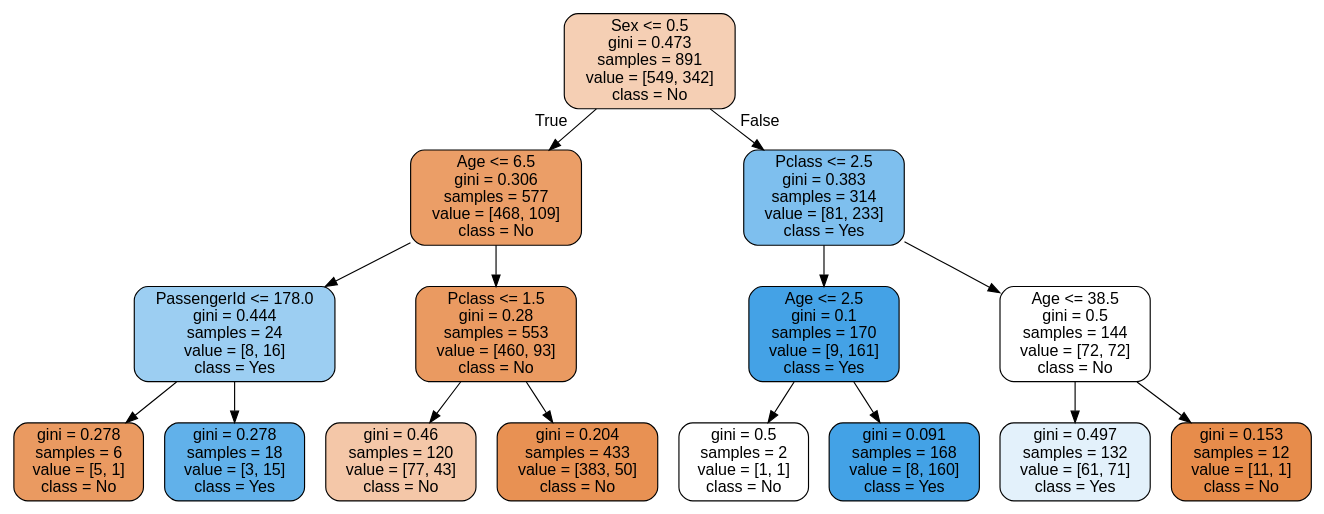
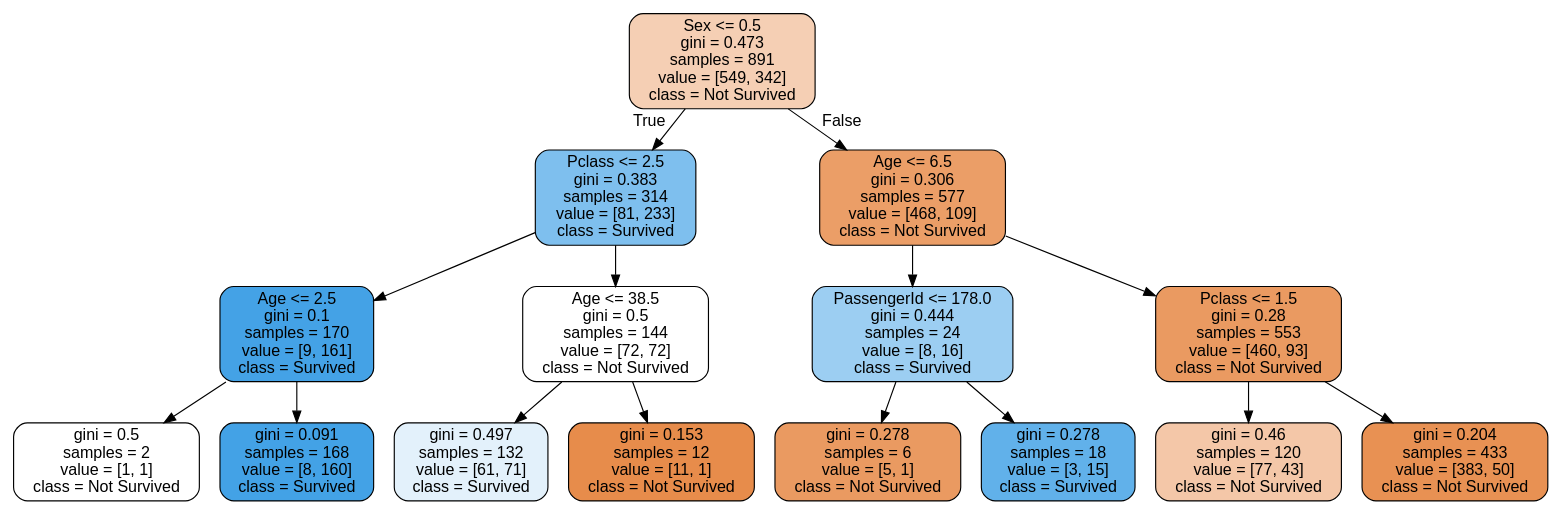
Before and after one commit to kuriengeorge21/Titanic-code: the diagram in table_4_2.gv, drawn with Graphviz. The commit also changed 1 other file, not shown here.

```diff
--- a/table_4_2.gv
+++ b/table_4_2.gv
@@ -1,33 +1,33 @@
 digraph Tree {
 node [shape=box, style="filled, rounded", color="black", fontname=helvetica] ;
 edge [fontname=helvetica] ;
-0 [label="Sex <= 0.5\ngini = 0.473\nsamples = 891\nvalue = [549, 342]\nclass = No", fillcolor="#f5cfb4"] ;
-1 [label="Age <= 6.5\ngini = 0.306\nsamples = 577\nvalue = [468, 109]\nclass = No", fillcolor="#eb9e67"] ;
+0 [label="Sex <= 0.5\ngini = 0.473\nsamples = 891\nvalue = [549, 342]\nclass = Not Survived", fillcolor="#f5cfb4"] ;
+1 [label="Pclass <= 2.5\ngini = 0.383\nsamples = 314\nvalue = [81, 233]\nclass = Survived", fillcolor="#7ebfee"] ;
 0 -> 1 [labeldistance=2.5, labelangle=45, headlabel="True"] ;
-2 [label="PassengerId <= 178.0\ngini = 0.444\nsamples = 24\nvalue = [8, 16]\nclass = Yes", fillcolor="#9ccef2"] ;
+2 [label="Age <= 2.5\ngini = 0.1\nsamples = 170\nvalue = [9, 161]\nclass = Survived", fillcolor="#44a2e6"] ;
 1 -> 2 ;
-3 [label="gini = 0.278\nsamples = 6\nvalue = [5, 1]\nclass = No", fillcolor="#ea9a61"] ;
+3 [label="gini = 0.5\nsamples = 2\nvalue = [1, 1]\nclass = Not Survived", fillcolor="#ffffff"] ;
 2 -> 3 ;
-4 [label="gini = 0.278\nsamples = 18\nvalue = [3, 15]\nclass = Yes", fillcolor="#61b1ea"] ;
+4 [label="gini = 0.091\nsamples = 168\nvalue = [8, 160]\nclass = Survived", fillcolor="#43a2e6"] ;
 2 -> 4 ;
-5 [label="Pclass <= 1.5\ngini = 0.28\nsamples = 553\nvalue = [460, 93]\nclass = No", fillcolor="#ea9a61"] ;
+5 [label="Age <= 38.5\ngini = 0.5\nsamples = 144\nvalue = [72, 72]\nclass = Not Survived", fillcolor="#ffffff"] ;
 1 -> 5 ;
-6 [label="gini = 0.46\nsamples = 120\nvalue = [77, 43]\nclass = No", fillcolor="#f4c7a8"] ;
+6 [label="gini = 0.497\nsamples = 132\nvalue = [61, 71]\nclass = Survived", fillcolor="#e3f1fb"] ;
 5 -> 6 ;
-7 [label="gini = 0.204\nsamples = 433\nvalue = [383, 50]\nclass = No", fillcolor="#e89153"] ;
+7 [label="gini = 0.153\nsamples = 12\nvalue = [11, 1]\nclass = Not Survived", fillcolor="#e78c4b"] ;
 5 -> 7 ;
-8 [label="Pclass <= 2.5\ngini = 0.383\nsamples = 314\nvalue = [81, 233]\nclass = Yes", fillcolor="#7ebfee"] ;
+8 [label="Age <= 6.5\ngini = 0.306\nsamples = 577\nvalue = [468, 109]\nclass = Not Survived", fillcolor="#eb9e67"] ;
 0 -> 8 [labeldistance=2.5, labelangle=-45, headlabel="False"] ;
-9 [label="Age <= 2.5\ngini = 0.1\nsamples = 170\nvalue = [9, 161]\nclass = Yes", fillcolor="#44a2e6"] ;
+9 [label="PassengerId <= 178.0\ngini = 0.444\nsamples = 24\nvalue = [8, 16]\nclass = Survived", fillcolor="#9ccef2"] ;
 8 -> 9 ;
-10 [label="gini = 0.5\nsamples = 2\nvalue = [1, 1]\nclass = No", fillcolor="#ffffff"] ;
+10 [label="gini = 0.278\nsamples = 6\nvalue = [5, 1]\nclass = Not Survived", fillcolor="#ea9a61"] ;
 9 -> 10 ;
-11 [label="gini = 0.091\nsamples = 168\nvalue = [8, 160]\nclass = Yes", fillcolor="#43a2e6"] ;
+11 [label="gini = 0.278\nsamples = 18\nvalue = [3, 15]\nclass = Survived", fillcolor="#61b1ea"] ;
 9 -> 11 ;
-12 [label="Age <= 38.5\ngini = 0.5\nsamples = 144\nvalue = [72, 72]\nclass = No", fillcolor="#ffffff"] ;
+12 [label="Pclass <= 1.5\ngini = 0.28\nsamples = 553\nvalue = [460, 93]\nclass = Not Survived", fillcolor="#ea9a61"] ;
 8 -> 12 ;
-13 [label="gini = 0.497\nsamples = 132\nvalue = [61, 71]\nclass = Yes", fillcolor="#e3f1fb"] ;
+13 [label="gini = 0.46\nsamples = 120\nvalue = [77, 43]\nclass = Not Survived", fillcolor="#f4c7a8"] ;
 12 -> 13 ;
-14 [label="gini = 0.153\nsamples = 12\nvalue = [11, 1]\nclass = No", fillcolor="#e78c4b"] ;
+14 [label="gini = 0.204\nsamples = 433\nvalue = [383, 50]\nclass = Not Survived", fillcolor="#e89153"] ;
 12 -> 14 ;
 }
```
